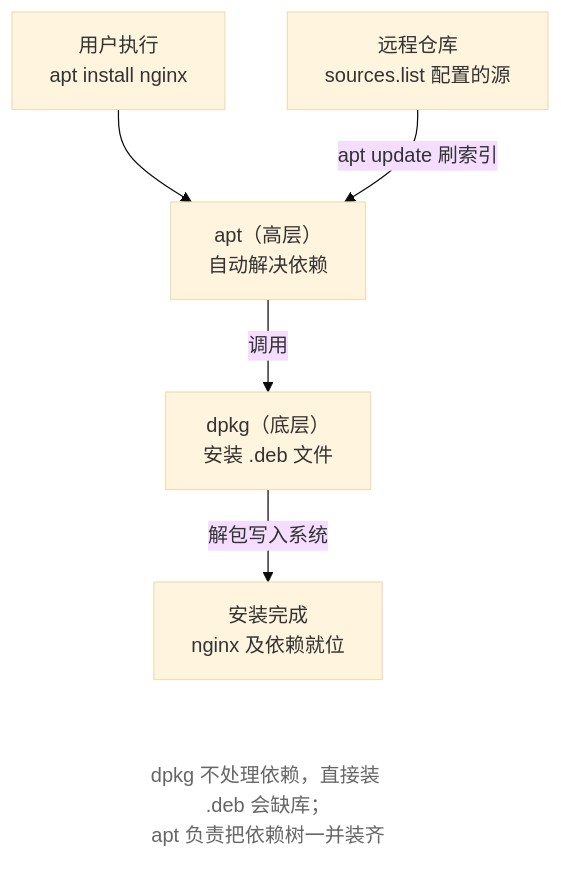
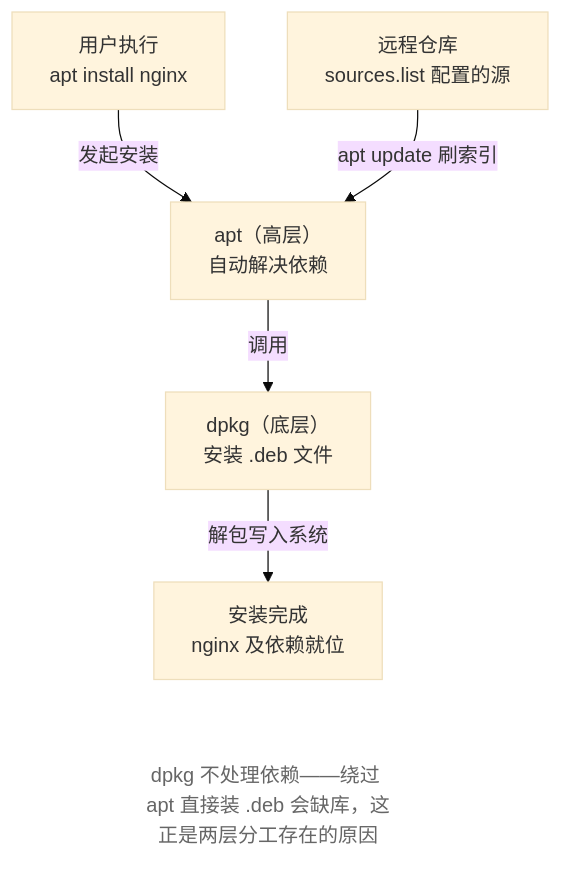
One commit to wangxiangnan/wangxiangnan.github.io changed the second of 2 diagrams in src/linux-command/ch08.md. Above: the diagram before and after it, drawn with Mermaid (base theme). The commit also changed other lines of this file and 25 other files, not shown here.

````diff
--- a/src/linux-command/ch08.md
+++ b/src/linux-command/ch08.md
@@ -51,13 +51,13 @@
 ```mermaid
 flowchart TB
-    U["用户执行<br>apt install nginx"] --> A["apt（高层）<br>自动解决依赖"]
+    U["用户执行<br>apt install nginx"] -->|发起安装| A["apt（高层）<br>自动解决依赖"]
     R["远程仓库<br>sources.list 配置的源"] -->|apt update 刷索引| A
     A -->|调用| D["dpkg（底层）<br>安装 .deb 文件"]
     D -->|解包写入系统| F["安装完成<br>nginx 及依赖就位"]
-    N["dpkg 不处理依赖，直接装 .deb 会缺库；<br>apt 负责把依赖树一并装齐"]
+    N["dpkg 不处理依赖——绕过 apt 直接装 .deb 会缺库，这正是两层分工存在的原因"]
 
     F ~~~ N
 
     classDef note fill:none,stroke:none,color:#666
     class N note
 ```
````
